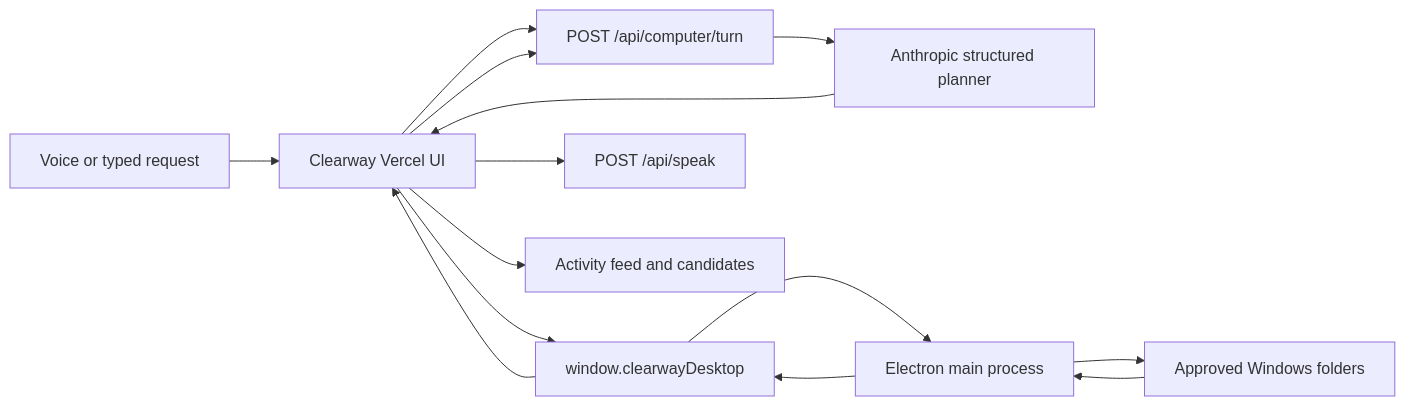
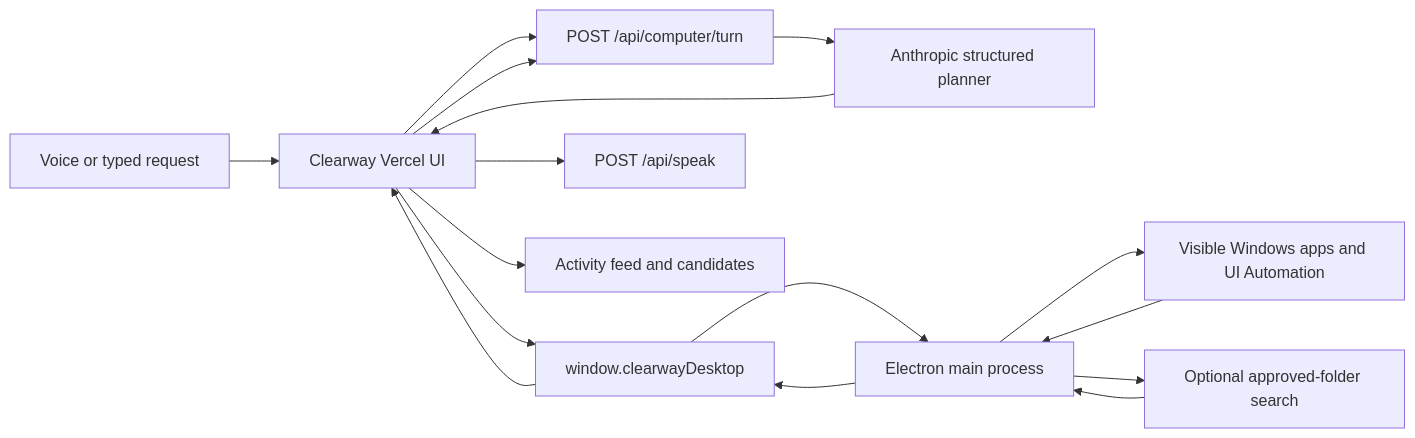
One commit to Carldtitan/Clearway changed the diagram in specs/clearway/design.md. Above: the diagram before and after it, drawn with Mermaid. The commit also changed other lines of this file and 21 other files, not shown here.

Commit message:
Replace search with visible Windows computer use

````diff
--- a/specs/clearway/design.md
+++ b/specs/clearway/design.md
@@ -33,16 +33,18 @@
 ```mermaid
 graph LR
     User[Voice or typed request] --> Web[Clearway Vercel UI]
     Web --> Turn[POST /api/computer/turn]
     Turn --> Claude[Anthropic structured planner]
     Claude --> Web
     Web --> Bridge[window.clearwayDesktop]
     Bridge --> Main[Electron main process]
-    Main --> Files[Approved Windows folders]
+    Main --> Windows[Visible Windows apps and UI Automation]
+    Main --> Files[Optional approved-folder search]
+    Windows --> Main
     Files --> Main
     Main --> Bridge
     Bridge --> Web
     Web --> Turn
     Web --> TTS[POST /api/speak]
     Web --> Results[Activity feed and candidates]
 ```
````
